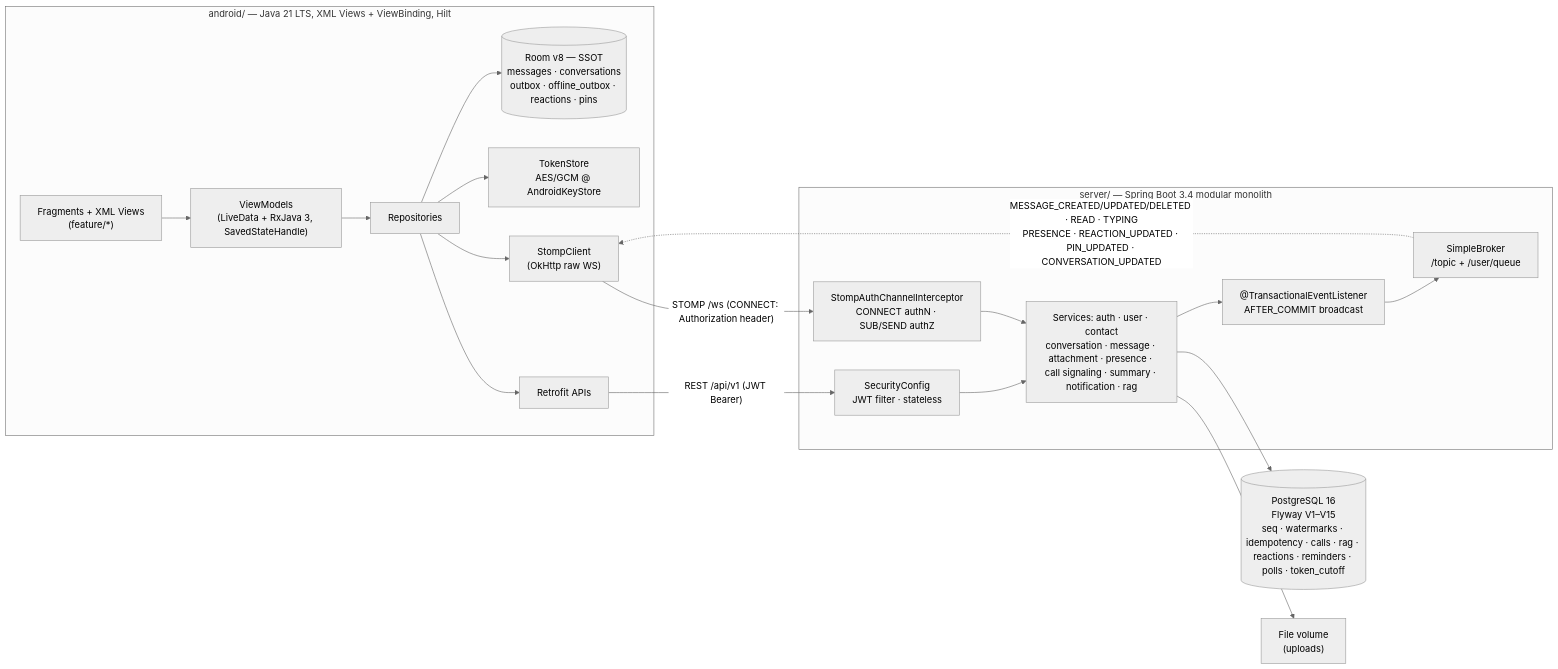
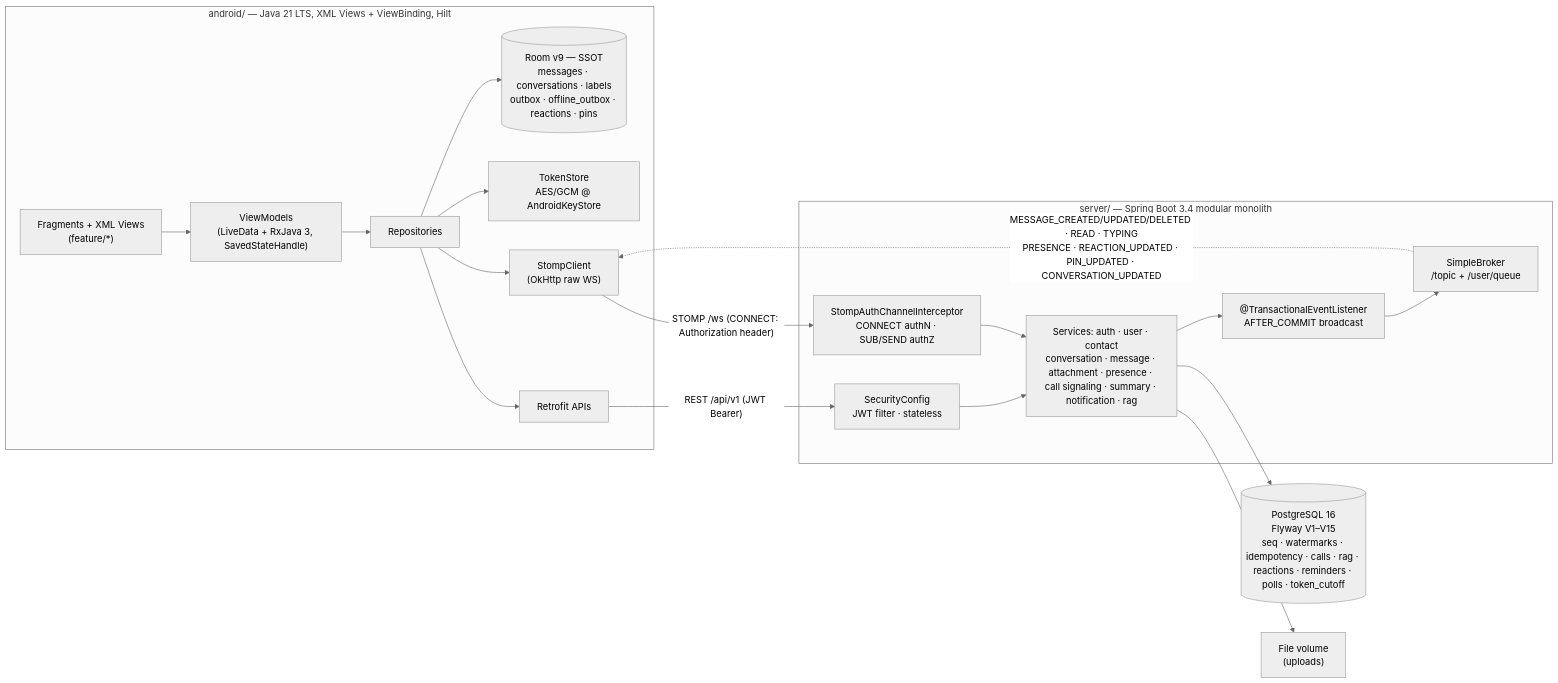
One commit to JasonTM17/Nexachat_AppJ changed the diagram in README.md. Above: the diagram before and after it, drawn with Mermaid (neutral theme). The commit also changed other lines of this file and 39 other files, not shown here.

````diff
--- a/README.md
+++ b/README.md
@@ -105,29 +105,29 @@
 ```mermaid
 flowchart LR
     subgraph Android["android/ — Java 21 LTS, XML Views + ViewBinding, Hilt"]
         UI["Fragments + XML Views<br/>(feature/*)"] --> VM["ViewModels<br/>(LiveData + RxJava 3, SavedStateHandle)"]
         VM --> REPO["Repositories"]
-        REPO --> ROOM[("Room v8 — SSOT<br/>messages · conversations<br/>outbox · offline_outbox · reactions · pins")]
+        REPO --> ROOM[("Room v9 — SSOT<br/>messages · conversations · labels<br/>outbox · offline_outbox · reactions · pins")]
         REPO --> TS["TokenStore<br/>AES/GCM @ AndroidKeyStore"]
         REPO --> ST["StompClient<br/>(OkHttp raw WS)"]
         REPO --> RT["Retrofit APIs"]
     end
 
     subgraph Server["server/ — Spring Boot 3.4 modular monolith"]
         SEC["SecurityConfig<br/>JWT filter · stateless"]
         INT["StompAuthChannelInterceptor<br/>CONNECT authN · SUB/SEND authZ"]
         SVC["Services: auth · user · contact<br/>conversation · message · attachment · presence · call signaling · summary · notification · rag"]
         EVT["@TransactionalEventListener<br/>AFTER_COMMIT broadcast"]
         BR["SimpleBroker<br/>/topic + /user/queue"]
     end
 
     DB[("PostgreSQL 16<br/>Flyway V1–V15<br/>seq · watermarks · idempotency · calls · rag · reactions · reminders · polls · token_cutoff")]
     FS["File volume<br/>(uploads)"]
 
     RT -- "REST /api/v1 (JWT Bearer)" --> SEC --> SVC
     ST -- "STOMP /ws (CONNECT: Authorization header)" --> INT --> SVC
     SVC --> DB
     SVC --> FS
     SVC --> EVT --> BR
     BR -. "MESSAGE_CREATED/UPDATED/DELETED · READ · TYPING<br/>PRESENCE · REACTION_UPDATED · PIN_UPDATED · CONVERSATION_UPDATED" .-> ST
 ```
````
